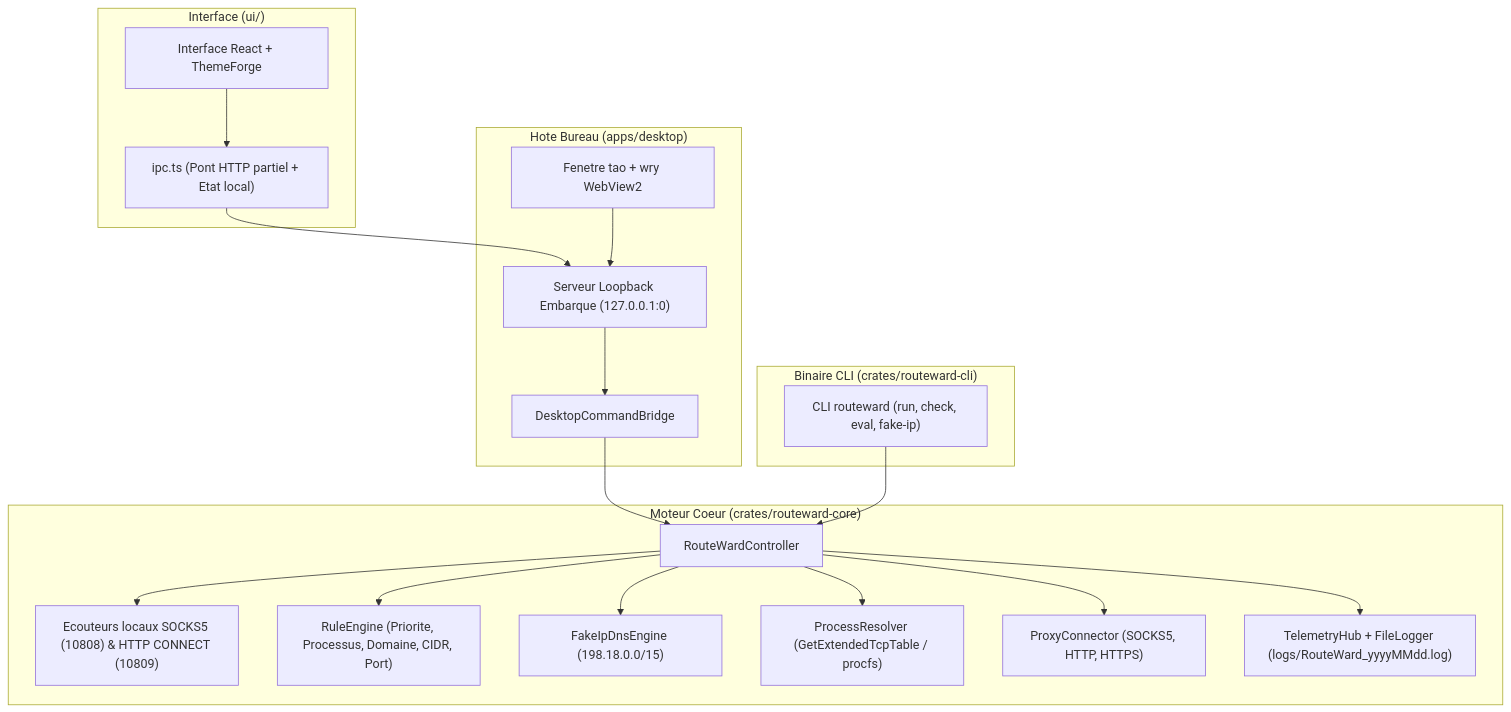
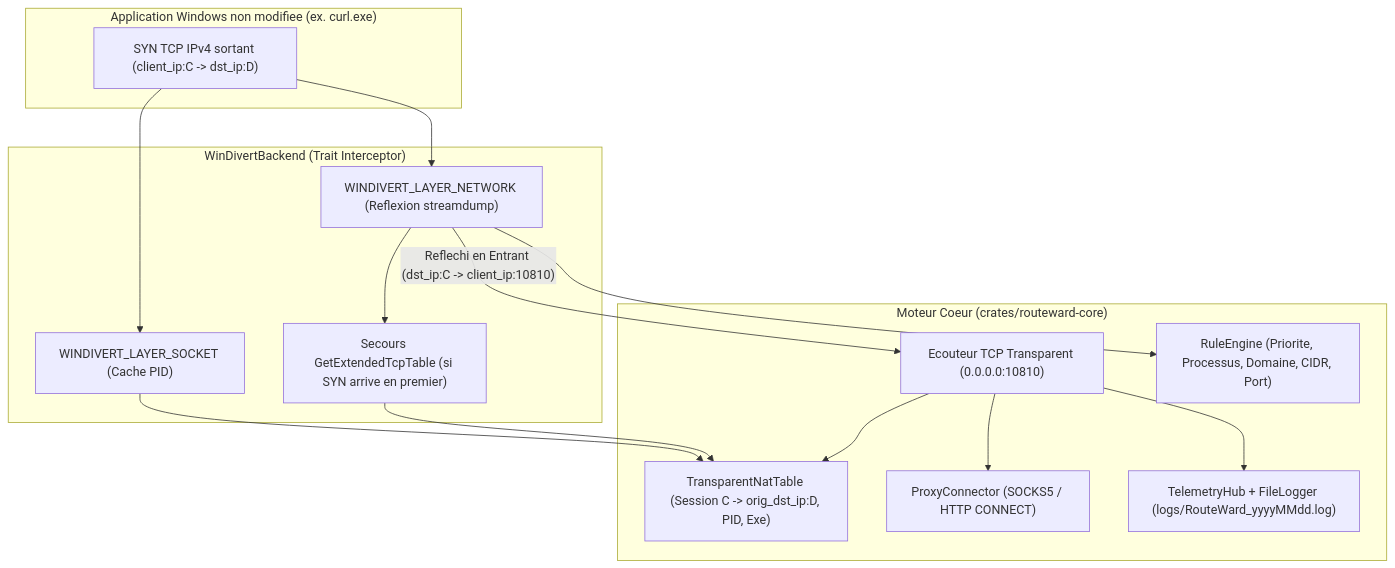
One commit to VBlackJack/routeward changed the diagram in docs/fr/architecture.md. Above: the diagram before and after it, drawn with Mermaid. The commit also changed other lines of this file and 22 other files, not shown here.

Commit message:
feat: implement milestone 1 Windows IPv4 TCP interception via WinDivert

````diff
--- a/docs/fr/architecture.md
+++ b/docs/fr/architecture.md
@@ -13,40 +17,31 @@
 ```mermaid
 flowchart TD
-    subgraph UI["Interface (ui/)"]
-        ReactApp["Interface React + ThemeForge"]
-        IpcService["ipc.ts (Pont HTTP partiel + Etat local)"]
+    subgraph ClientApp["Application Windows non modifiee (ex. curl.exe)"]
+        Curl["SYN TCP IPv4 sortant (client_ip:C -> dst_ip:D)"]
     end
 
-    subgraph Desktop["Hote Bureau (apps/desktop)"]
-        TaoWindow["Fenetre tao + wry WebView2"]
-        HttpLoopback["Serveur Loopback Embarque (127.0.0.1:0)"]
-        Bridge["DesktopCommandBridge"]
-    end
-
-    subgraph CLI["Binaire CLI (crates/routeward-cli)"]
-        RouteWardCli["CLI routeward (run, check, eval, fake-ip)"]
+    subgraph WinDivert["WinDivertBackend (Trait Interceptor)"]
+        SockLayer["WINDIVERT_LAYER_SOCKET (Cache PID)"]
+        NetLayer["WINDIVERT_LAYER_NETWORK (Reflexion streamdump)"]
+        PidFallback["Secours GetExtendedTcpTable (si SYN arrive en premier)"]
     end
 
     subgraph Core["Moteur Coeur (crates/routeward-core)"]
-        Controller["RouteWardController"]
-        RelayListeners["Ecouteurs locaux SOCKS5 (10808) & HTTP CONNECT (10809)"]
+        NatTable["TransparentNatTable (Session C -> orig_dst_ip:D, PID, Exe)"]
+        TransRelay["Ecouteur TCP Transparent (0.0.0.0:10810)"]
         RuleEngine["RuleEngine (Priorite, Processus, Domaine, CIDR, Port)"]
-        FakeIpDns["FakeIpDnsEngine (198.18.0.0/15)"]
-        ProcessResolver["ProcessResolver (GetExtendedTcpTable / procfs)"]
-        ProxyConnector["ProxyConnector (SOCKS5, HTTP, HTTPS)"]
+        ProxyConnector["ProxyConnector (SOCKS5 / HTTP CONNECT)"]
         Telemetry["TelemetryHub + FileLogger (logs/RouteWard_yyyyMMdd.log)"]
     end
 
-    ReactApp --> IpcService
-    IpcService --> HttpLoopback
-    TaoWindow --> HttpLoopback
-    HttpLoopback --> Bridge
-    Bridge --> Controller
-    RouteWardCli --> Controller
-    Controller --> RelayListeners
-    Controller --> RuleEngine
-    Controller --> FakeIpDns
-    Controller --> ProcessResolver
-    Controller --> ProxyConnector
-    Controller --> Telemetry
+    Curl --> SockLayer
+    Curl --> NetLayer
+    SockLayer --> NatTable
+    NetLayer --> PidFallback
+    PidFallback --> NatTable
+    NetLayer --> RuleEngine
+    NetLayer -->|"Reflechi en Entrant (dst_ip:C -> client_ip:10810)"| TransRelay
+    TransRelay --> NatTable
+    TransRelay --> ProxyConnector
+    TransRelay --> Telemetry
 ```
````
